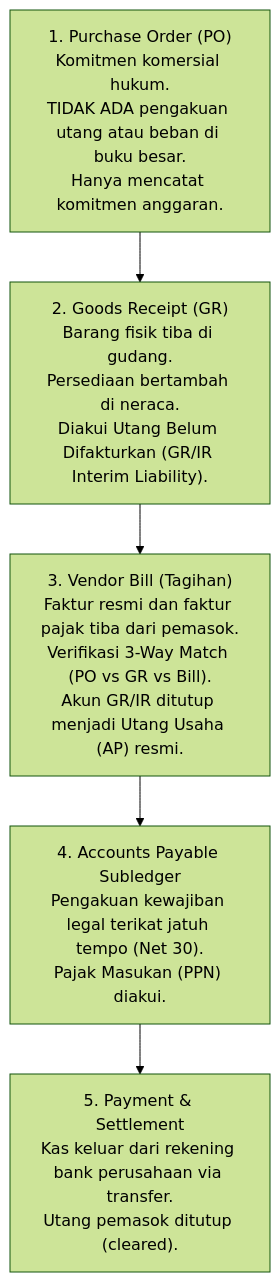
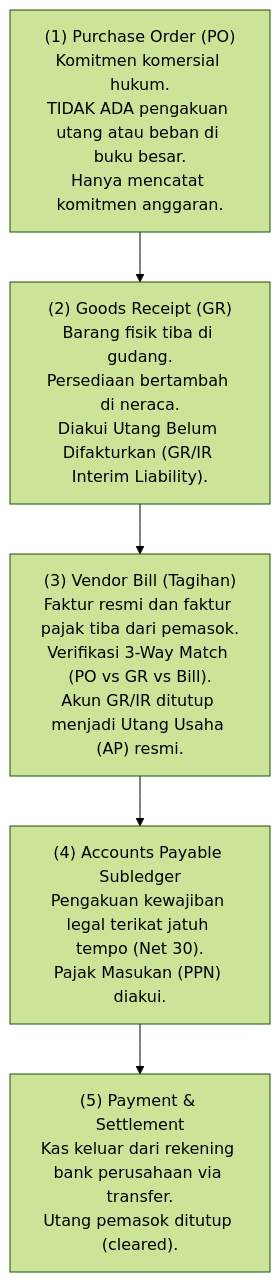
The second of 2 diagrams in content/04-purchasing/purchasing-fundamentals.md (alimurrofid/erp-notes), drawn with Mermaid (forest theme) before and after one commit. The commit also changed other lines of this file and 132 other files, not shown here.

````diff
--- a/content/04-purchasing/purchasing-fundamentals.md
+++ b/content/04-purchasing/purchasing-fundamentals.md
@@ -93,8 +93,8 @@
 ```mermaid
 flowchart TD
-    PO["1. Purchase Order (PO)<br/>Komitmen komersial hukum.<br/>TIDAK ADA pengakuan utang atau beban di buku besar.<br/>Hanya mencatat komitmen anggaran."]
-    --> GR["2. Goods Receipt (GR)<br/>Barang fisik tiba di gudang.<br/>Persediaan bertambah di neraca.<br/>Diakui Utang Belum Difakturkan (GR/IR Interim Liability)."]
-    --> VB["3. Vendor Bill (Tagihan)<br/>Faktur resmi dan faktur pajak tiba dari pemasok.<br/>Verifikasi 3-Way Match (PO vs GR vs Bill).<br/>Akun GR/IR ditutup menjadi Utang Usaha (AP) resmi."]
-    --> AP["4. Accounts Payable Subledger<br/>Pengakuan kewajiban legal terikat jatuh tempo (Net 30).<br/>Pajak Masukan (PPN) diakui."]
-    --> PAY["5. Payment & Settlement<br/>Kas keluar dari rekening bank perusahaan via transfer.<br/>Utang pemasok ditutup (cleared)."]
+    PO["(1) Purchase Order (PO)<br/>Komitmen komersial hukum.<br/>TIDAK ADA pengakuan utang atau beban di buku besar.<br/>Hanya mencatat komitmen anggaran."]
+    --> GR["(2) Goods Receipt (GR)<br/>Barang fisik tiba di gudang.<br/>Persediaan bertambah di neraca.<br/>Diakui Utang Belum Difakturkan (GR/IR Interim Liability)."]
+    --> VB["(3) Vendor Bill (Tagihan)<br/>Faktur resmi dan faktur pajak tiba dari pemasok.<br/>Verifikasi 3-Way Match (PO vs GR vs Bill).<br/>Akun GR/IR ditutup menjadi Utang Usaha (AP) resmi."]
+    --> AP["(4) Accounts Payable Subledger<br/>Pengakuan kewajiban legal terikat jatuh tempo (Net 30).<br/>Pajak Masukan (PPN) diakui."]
+    --> PAY["(5) Payment & Settlement<br/>Kas keluar dari rekening bank perusahaan via transfer.<br/>Utang pemasok ditutup (cleared)."]
 ```
````
